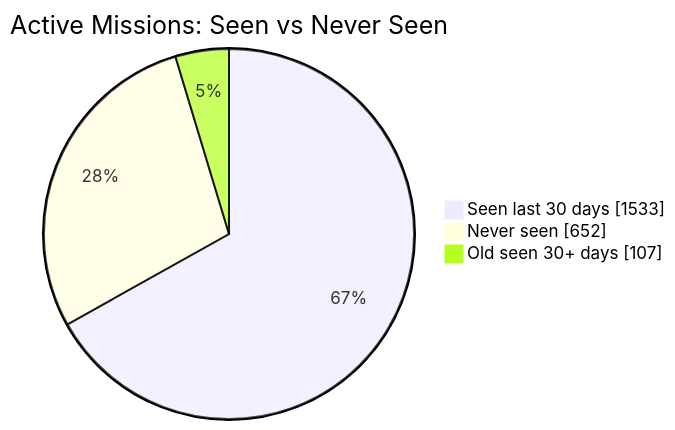
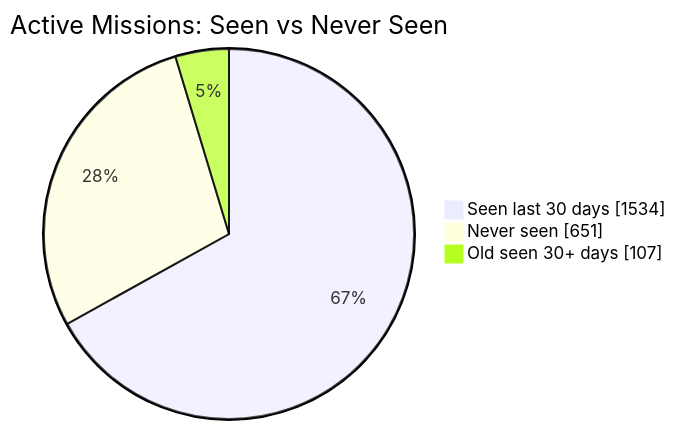
One commit to MeldkamerspelGameTeam/active-missions changed the first of 2 diagrams in README.md. Above: the diagram before and after it, drawn with Mermaid. The commit also changed other lines of this file and 3 other files, not shown here.

````diff
--- a/README.md
+++ b/README.md
@@ -34,7 +34,7 @@
 ```mermaid
 pie showData
     title Active Missions: Seen vs Never Seen
-    "Seen last 30 days" : 1533
-    "Never seen" : 652
+    "Seen last 30 days" : 1534
+    "Never seen" : 651
     "Old seen 30+ days" : 107
 ```
````
